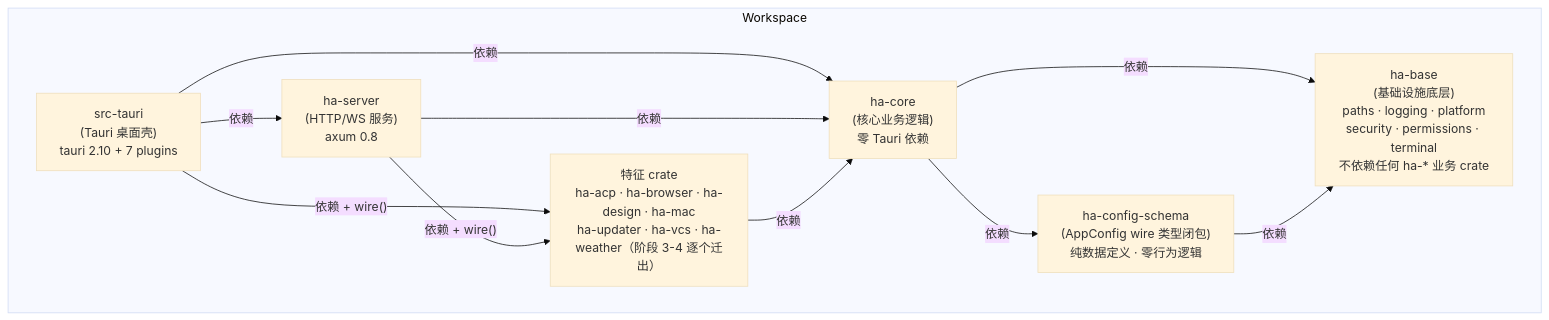
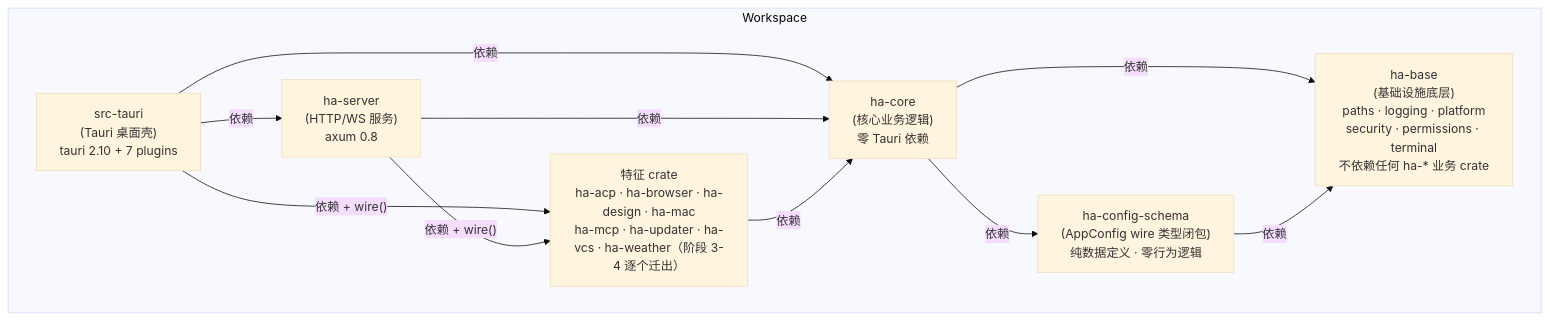
One commit to shiwenwen/hope-agent changed the first of 6 diagrams in docs/architecture/backend-separation.md. Above: the diagram before and after it, drawn with Mermaid (base theme). The commit also changed other lines of this file and 62 other files, not shown here.

First line of the commit message:
refactor(mcp): 阶段 4 第三刀——MCP 客户端迁出为特征 crate ha-mcp

````diff
--- a/docs/architecture/backend-separation.md
+++ b/docs/architecture/backend-separation.md
@@ -15,22 +15,22 @@
 ```mermaid
 graph TD
     subgraph Workspace
         HA_TAURI["src-tauri<br/>(Tauri 桌面壳)<br/>tauri 2.10 + 7 plugins"]
         HA_SERVER["ha-server<br/>(HTTP/WS 服务)<br/>axum 0.8"]
-        HA_FEAT["特征 crate<br/>ha-acp · ha-browser · ha-design · ha-mac<br/>ha-updater · ha-vcs · ha-weather（阶段 3-4 逐个迁出）"]
+        HA_FEAT["特征 crate<br/>ha-acp · ha-browser · ha-design · ha-mac<br/>ha-mcp · ha-updater · ha-vcs · ha-weather（阶段 3-4 逐个迁出）"]
         HA_CORE["ha-core<br/>(核心业务逻辑)<br/>零 Tauri 依赖"]
         HA_SCHEMA["ha-config-schema<br/>(AppConfig wire 类型闭包)<br/>纯数据定义 · 零行为逻辑"]
         HA_BASE["ha-base<br/>(基础设施底层)<br/>paths · logging · platform<br/>security · permissions · terminal<br/>不依赖任何 ha-* 业务 crate"]
     end
 
     HA_TAURI -->|"依赖"| HA_SERVER
     HA_TAURI -->|"依赖 + wire()"| HA_FEAT
     HA_TAURI -->|"依赖"| HA_CORE
     HA_SERVER -->|"依赖 + wire()"| HA_FEAT
     HA_SERVER -->|"依赖"| HA_CORE
     HA_FEAT -->|"依赖"| HA_CORE
     HA_CORE -->|"依赖"| HA_SCHEMA
     HA_CORE -->|"依赖"| HA_BASE
     HA_SCHEMA -->|"依赖"| HA_BASE
 
 ```
````
